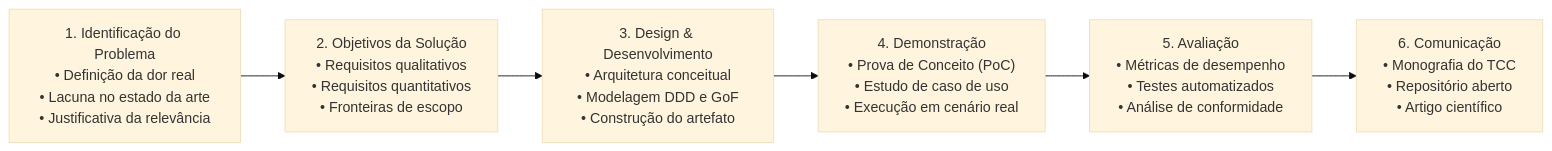
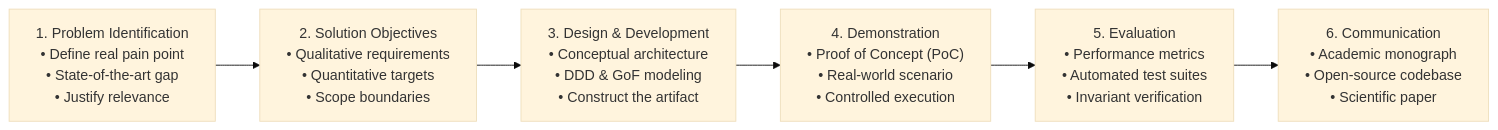
One commit to mathmach/mathmach.github.io changed the diagram in docs/foundation/academic-methodology-dsr.md. Above: the diagram before and after it, drawn with Mermaid (base theme). The commit also changed other lines of this file and 7 other files, not shown here.

Commit message:
docs: translate all architectural and methodology foundations to English

````diff
--- a/docs/foundation/academic-methodology-dsr.md
+++ b/docs/foundation/academic-methodology-dsr.md
@@ -13,8 +13,8 @@
 ```mermaid
 flowchart LR
-    A["1. Identificação do Problema<br/>• Definição da dor real<br/>• Lacuna no estado da arte<br/>• Justificativa da relevância"] --> B["2. Objetivos da Solução<br/>• Requisitos qualitativos<br/>• Requisitos quantitativos<br/>• Fronteiras de escopo"]
-    B --> C["3. Design & Desenvolvimento<br/>• Arquitetura conceitual<br/>• Modelagem DDD e GoF<br/>• Construção do artefato"]
-    C --> D["4. Demonstração<br/>• Prova de Conceito (PoC)<br/>• Estudo de caso de uso<br/>• Execução em cenário real"]
-    D --> E["5. Avaliação<br/>• Métricas de desempenho<br/>• Testes automatizados<br/>• Análise de conformidade"]
-    E --> F["6. Comunicação<br/>• Monografia do TCC<br/>• Repositório aberto<br/>• Artigo científico"]
+    A["1. Problem Identification<br/>• Define real pain point<br/>• State-of-the-art gap<br/>• Justify relevance"] --> B["2. Solution Objectives<br/>• Qualitative requirements<br/>• Quantitative targets<br/>• Scope boundaries"]
+    B --> C["3. Design & Development<br/>• Conceptual architecture<br/>• DDD & GoF modeling<br/>• Construct the artifact"]
+    C --> D["4. Demonstration<br/>• Proof of Concept (PoC)<br/>• Real-world scenario<br/>• Controlled execution"]
+    D --> E["5. Evaluation<br/>• Performance metrics<br/>• Automated test suites<br/>• Invariant verification"]
+    E --> F["6. Communication<br/>• Academic monograph<br/>• Open-source codebase<br/>• Scientific paper"]
 ```
````
